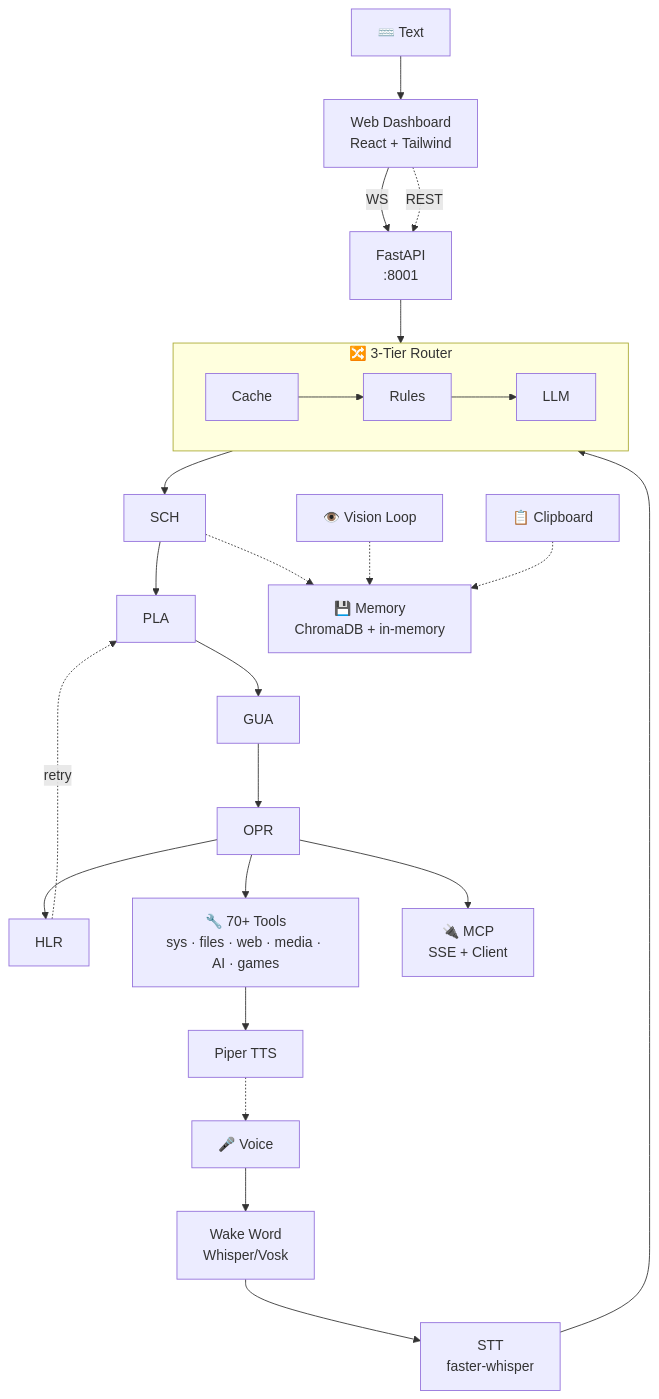
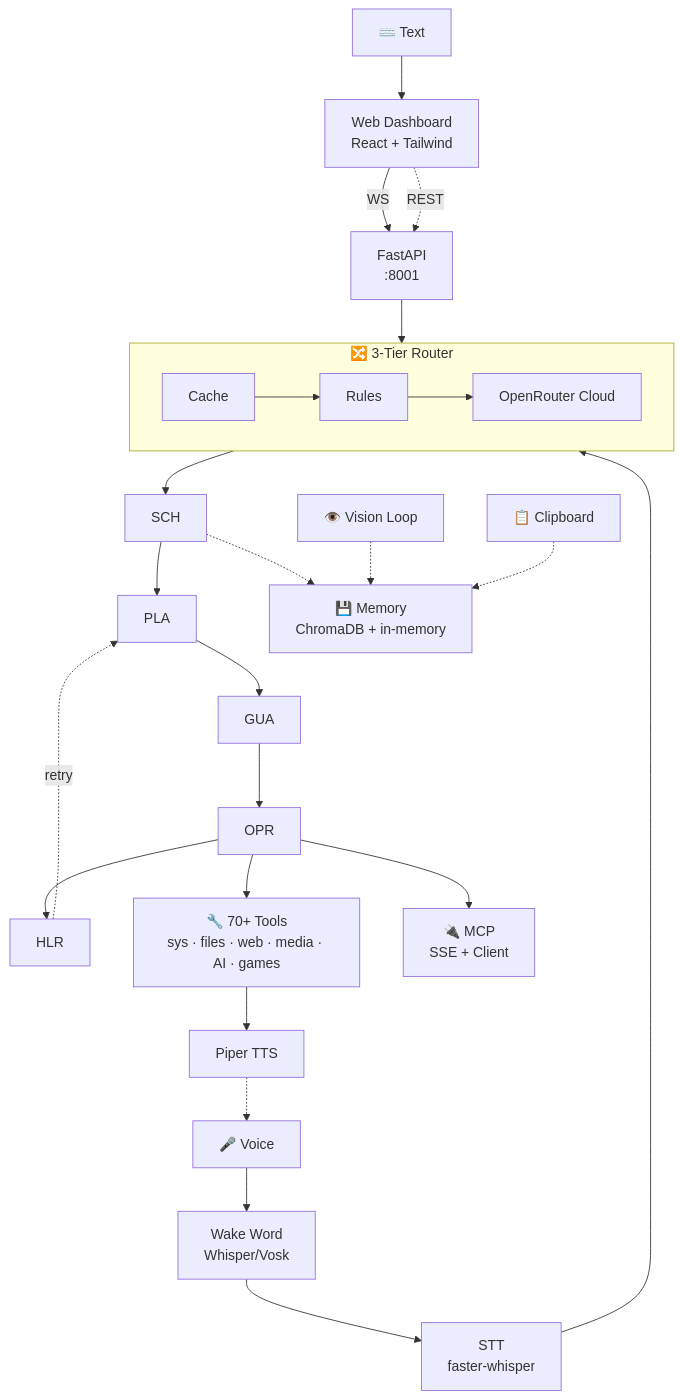
The first of 3 diagrams in README.md (gajanand27-05/sg-cube_v1), drawn with Mermaid before and after one commit. The commit also changed other lines of this file and 5 other files, not shown here.

First line of the commit message:
Switch agent model from local gemma4:12b to OpenRouter Qwen3 Coder 480B

````diff
--- a/README.md
+++ b/README.md
@@ -33,27 +33,27 @@
 ```mermaid
 flowchart TB
     V["🎤 Voice"] --> WW["Wake Word\nWhisper/Vosk"]
     WW --> STT["STT\nfaster-whisper"]
     STT --> ROUTER
 
     T["⌨️ Text"] --> UI["Web Dashboard\nReact + Tailwind"]
     UI -->|WS| API["FastAPI\n:8001"]
     UI -.->|REST| API
     API --> ROUTER
 
     subgraph ROUTER["🔀 3-Tier Router"]
         direction LR
-        CACHE[Cache] --> RULE[Rules] --> LLM[LLM]
+        CACHE[Cache] --> RULE[Rules] -->         LLM[OpenRouter Cloud]
     end
 
     LLM --> SCH --> PLA --> GUA --> OPR --> HLR
     HLR -.->|retry| PLA
 
     OPR --> TOOLS["🔧 70+ Tools\nsys · files · web · media · AI · games"]
     OPR --> MCP["🔌 MCP\nSSE + Client"]
     TOOLS --> TTS["Piper TTS"] -.-> V
 
     SCH -.-> MEM["💾 Memory\nChromaDB + in-memory"]
     VL["👁️ Vision Loop"] -.-> MEM
     CLIP["📋 Clipboard"] -.-> MEM
 ```
````
